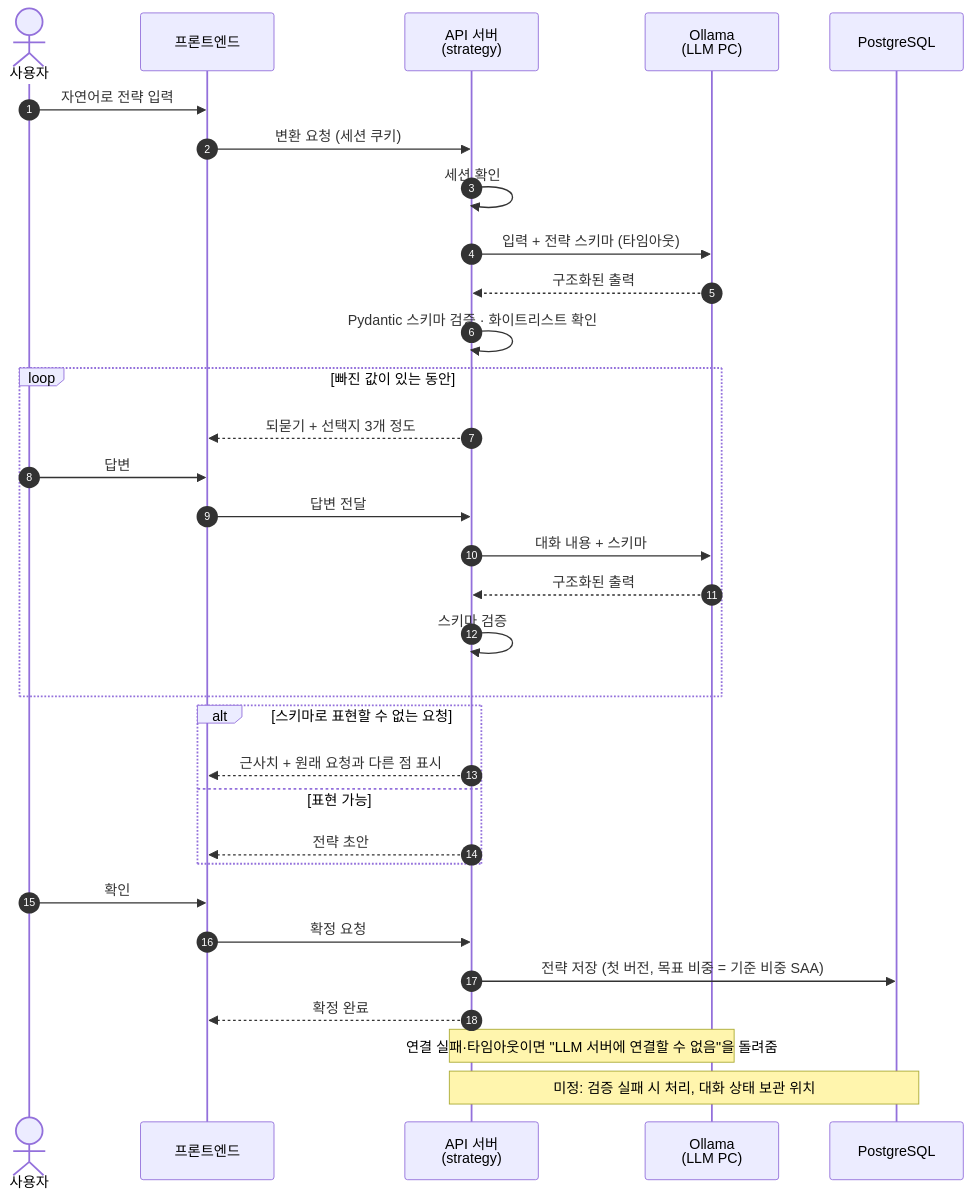
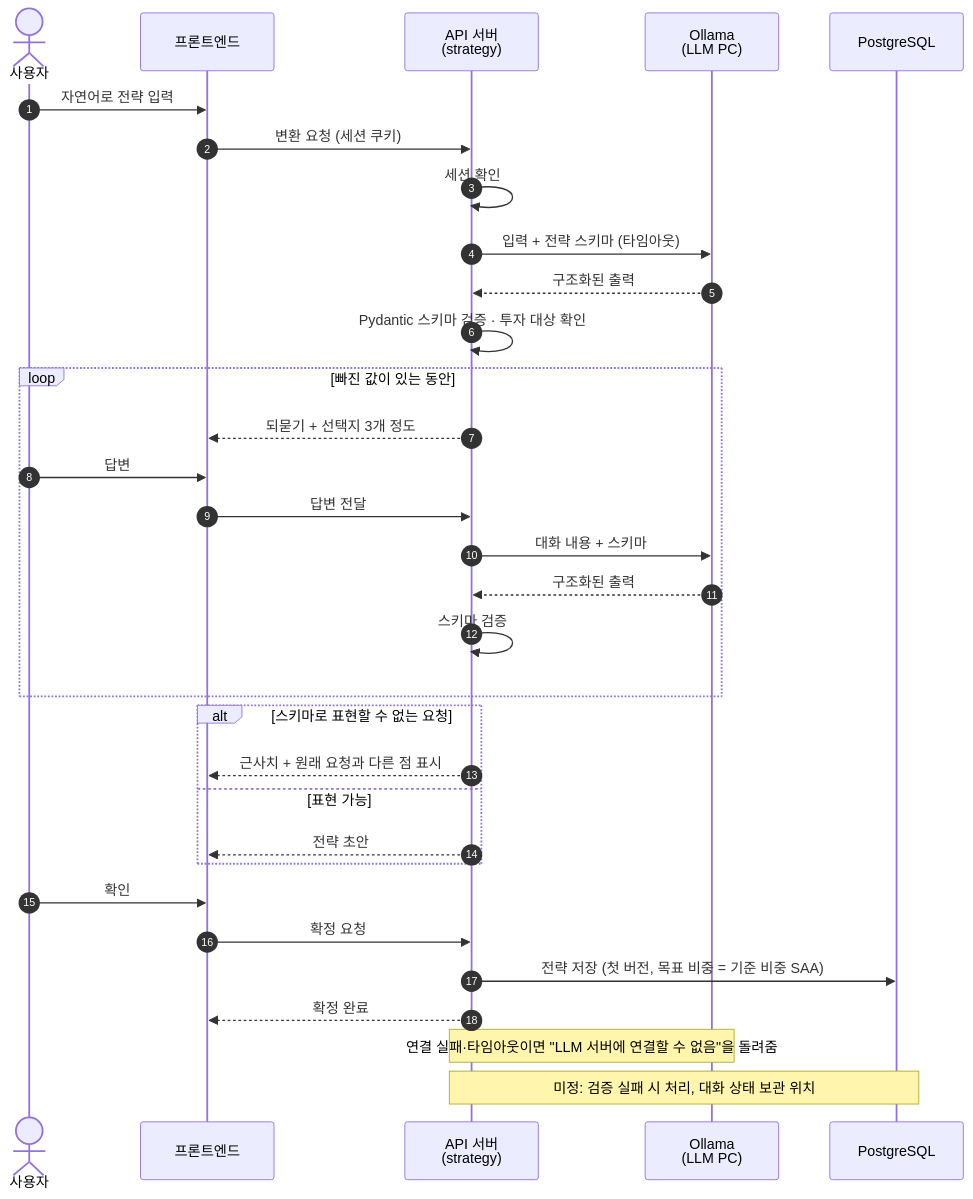
One commit to tukorea-capston-project/etf-rebalancing changed the second of 3 diagrams in docs/architecture.md. Above: the diagram before and after it, drawn with Mermaid. The commit also changed other lines of this file and 12 other files, not shown here.

````diff
--- a/docs/architecture.md
+++ b/docs/architecture.md
@@ -150,39 +150,39 @@
 ```mermaid
 sequenceDiagram
     autonumber
     actor U as 사용자
     participant FE as 프론트엔드
     participant API as API 서버<br/>(strategy)
     participant LLM as Ollama<br/>(LLM PC)
     participant DB as PostgreSQL
 
     U->>FE: 자연어로 전략 입력
     FE->>API: 변환 요청 (세션 쿠키)
     API->>API: 세션 확인
     API->>LLM: 입력 + 전략 스키마 (타임아웃)
     LLM-->>API: 구조화된 출력
-    API->>API: Pydantic 스키마 검증 · 화이트리스트 확인
+    API->>API: Pydantic 스키마 검증 · 투자 대상 확인
 
     loop 빠진 값이 있는 동안
         API-->>FE: 되묻기 + 선택지 3개 정도
         U->>FE: 답변
         FE->>API: 답변 전달
         API->>LLM: 대화 내용 + 스키마
         LLM-->>API: 구조화된 출력
         API->>API: 스키마 검증
     end
 
     alt 스키마로 표현할 수 없는 요청
         API-->>FE: 근사치 + 원래 요청과 다른 점 표시
     else 표현 가능
         API-->>FE: 전략 초안
     end
 
     U->>FE: 확인
     FE->>API: 확정 요청
     API->>DB: 전략 저장 (첫 버전, 목표 비중 = 기준 비중 SAA)
     API-->>FE: 확정 완료
 
     Note over API,LLM: 연결 실패·타임아웃이면 "LLM 서버에 연결할 수 없음"을 돌려줌
     Note over API,DB: 미정: 검증 실패 시 처리, 대화 상태 보관 위치
 ```
````
